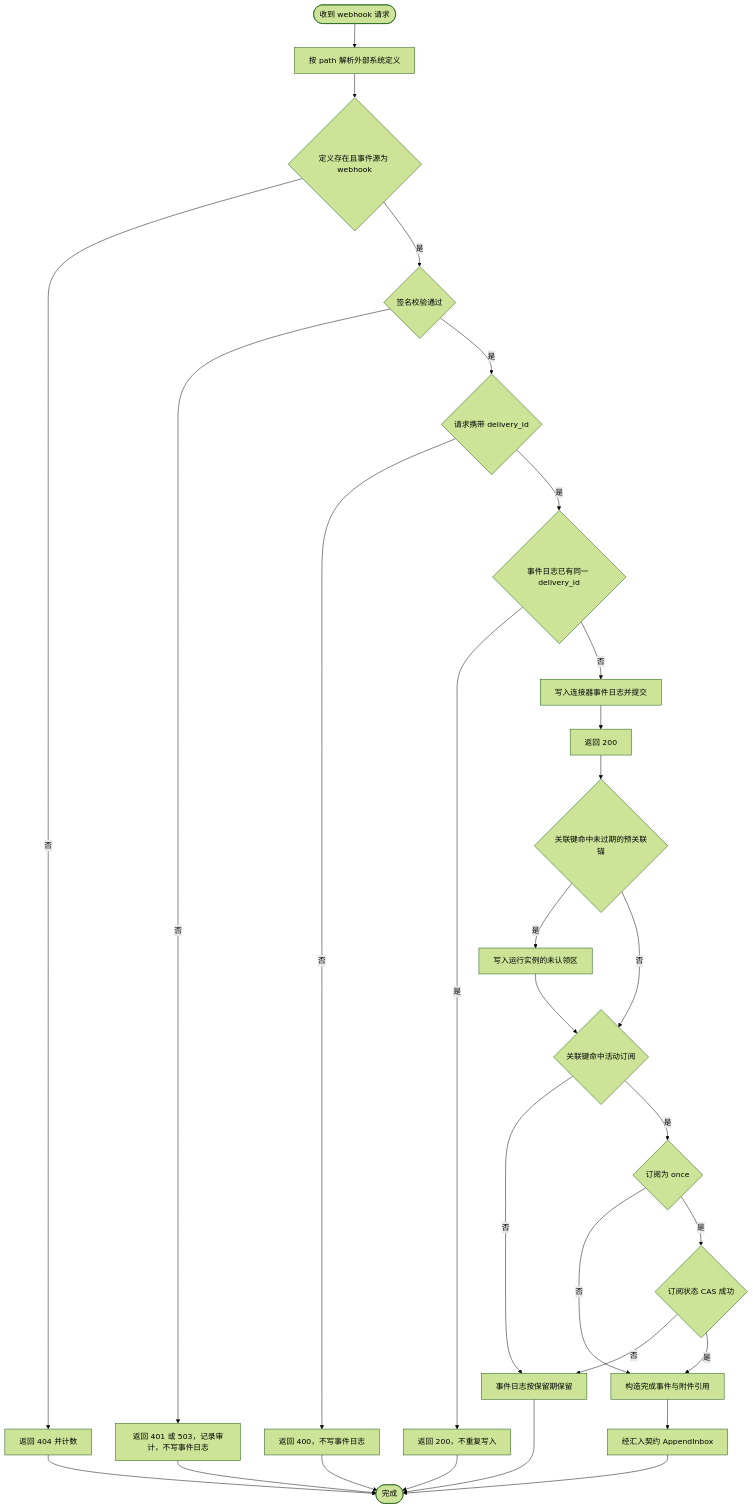
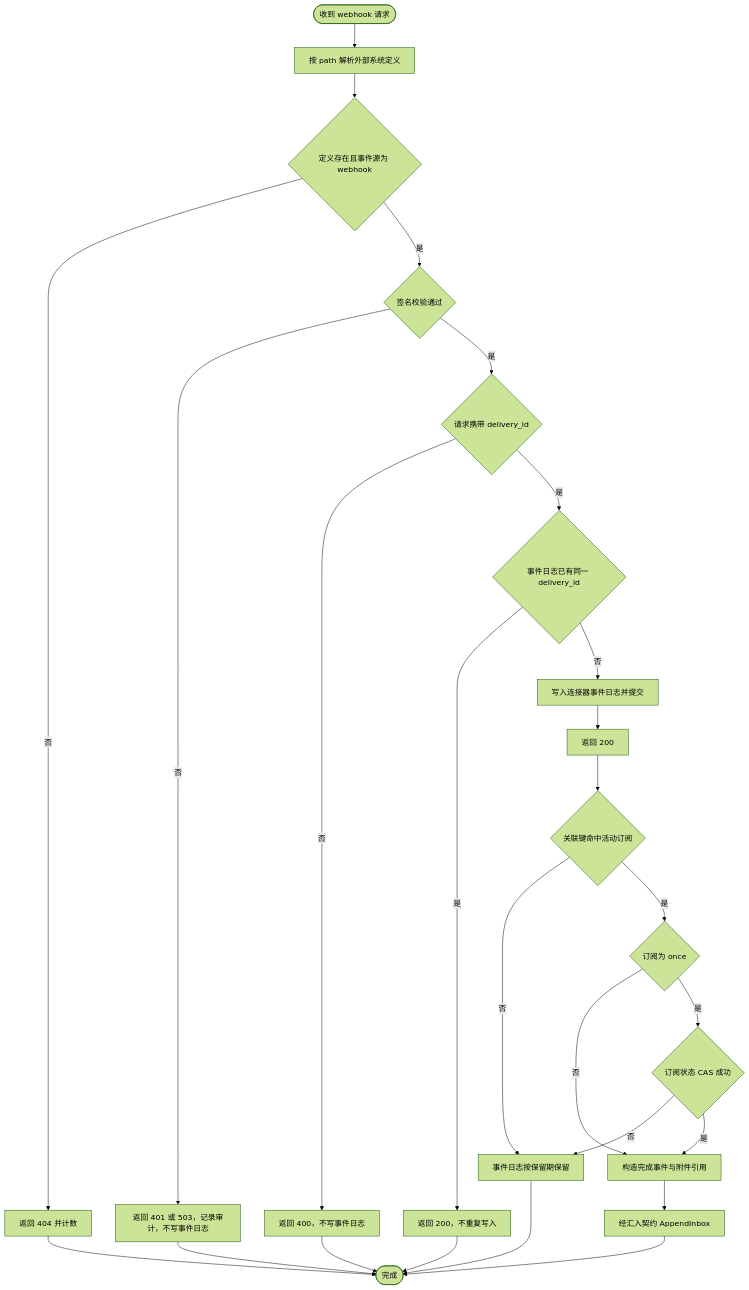
One commit to wangzw/castworks changed the third of 4 diagrams in docs/design/modules/connectorhub/design-connectorhub.md. Above: the diagram before and after it, drawn with Mermaid (forest theme). The commit also changed other lines of this file and 20 other files, not shown here.

````diff
--- a/docs/design/modules/connectorhub/design-connectorhub.md
+++ b/docs/design/modules/connectorhub/design-connectorhub.md
@@ -348,31 +355,28 @@
 ```mermaid
 flowchart TD
     start(["收到 webhook 请求"]) --> route["按 path 解析外部系统定义"]
     route --> known{"定义存在且事件源为 webhook"}
     known -- 否 --> notfound["返回 404 并计数"]
     known -- 是 --> sig{"签名校验通过"}
     sig -- 否 --> unauthorized["返回 401 或 503，记录审计，不写事件日志"]
     sig -- 是 --> did{"请求携带 delivery_id"}
     did -- 否 --> bad["返回 400，不写事件日志"]
     did -- 是 --> dup{"事件日志已有同一 delivery_id"}
     dup -- 是 --> okdup["返回 200，不重复写入"]
     dup -- 否 --> write["写入连接器事件日志并提交"]
     write --> ack["返回 200"]
-    ack --> anchor{"关联键命中未过期的预关联锚"}
-    anchor -- 是 --> unclaimed["写入运行实例的未认领区"]
-    anchor -- 否 --> match{"关联键命中活动订阅"}
-    unclaimed --> match
+    ack --> match{"关联键命中活动订阅"}
     match -- 否 --> retain["事件日志按保留期保留"]
     match -- 是 --> lifetime{"订阅为 once"}
     lifetime -- 否 --> completion["构造完成事件与附件引用"]
     lifetime -- 是 --> cas{"订阅状态 CAS 成功"}
     cas -- 否 --> retain
     cas -- 是 --> completion
     completion --> append["经汇入契约 AppendInbox"]
     append --> done(["完成"])
     retain --> done
     okdup --> done
     notfound --> done
     unauthorized --> done
     bad --> done
 ```
````
